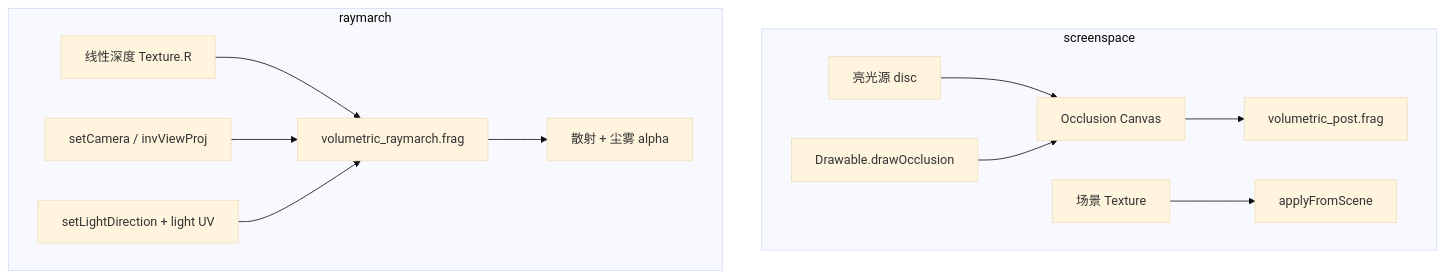
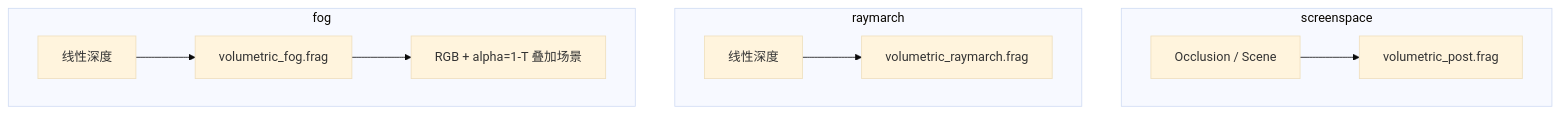
Before and after one commit to EVEngine/EVEngine: the diagram in docs/体积光模块设计.md, drawn with Mermaid (base theme). The commit also changed other lines of this file and 10 other files, not shown here.

First line of the commit message:
feat(graphics): 体积雾（高度/距离 Beer-Lambert）

````diff
--- a/docs/体积光模块设计.md
+++ b/docs/体积光模块设计.md
@@ -30,15 +32,13 @@
 ```mermaid
 flowchart TB
   subgraph ss [screenspace]
-    Light["亮光源 disc"] --> Occ["Occlusion Canvas"]
-    Draw["Drawable.drawOcclusion"] --> Occ
-    Occ --> Scatter["volumetric_post.frag"]
-    Scene["场景 Texture"] --> Apply["applyFromScene"]
+    Occ["Occlusion / Scene"] --> Post["volumetric_post.frag"]
   end
   subgraph rm [raymarch]
-    Depth["线性深度 Texture.R"] --> March["volumetric_raymarch.frag"]
-    Cam["setCamera / invViewProj"] --> March
-    LDir["setLightDirection + light UV"] --> March
-    March --> Shafts["散射 + 尘雾 alpha"]
+    Depth1["线性深度"] --> March["volumetric_raymarch.frag"]
+  end
+  subgraph fog [fog]
+    Depth2["线性深度"] --> FogPass["volumetric_fog.frag"]
+    FogPass --> Overlay["RGB + alpha=1-T 叠加场景"]
   end
 ```
````
